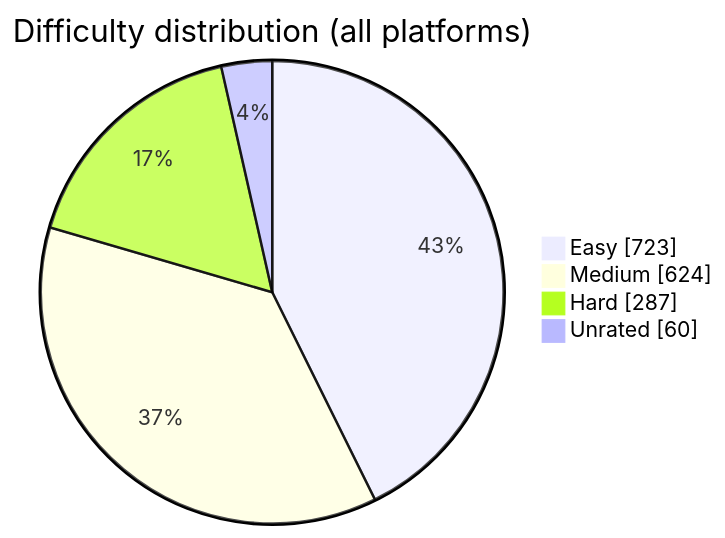
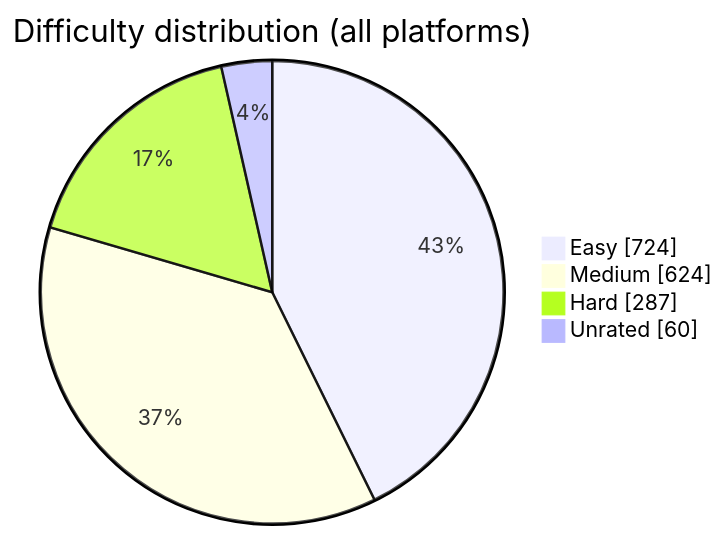
Before and after one commit to BuildbyArindam/Daily-Coding-Log: the diagram in README.md, drawn with Mermaid. The commit also changed other lines of this file, not shown here.

````diff
--- a/README.md
+++ b/README.md
@@ -93,7 +93,7 @@
 ```mermaid
 pie showData title Difficulty distribution (all platforms)
-    "Easy" : 723
+    "Easy" : 724
     "Medium" : 624
     "Hard" : 287
     "Unrated" : 60
 ```
````
